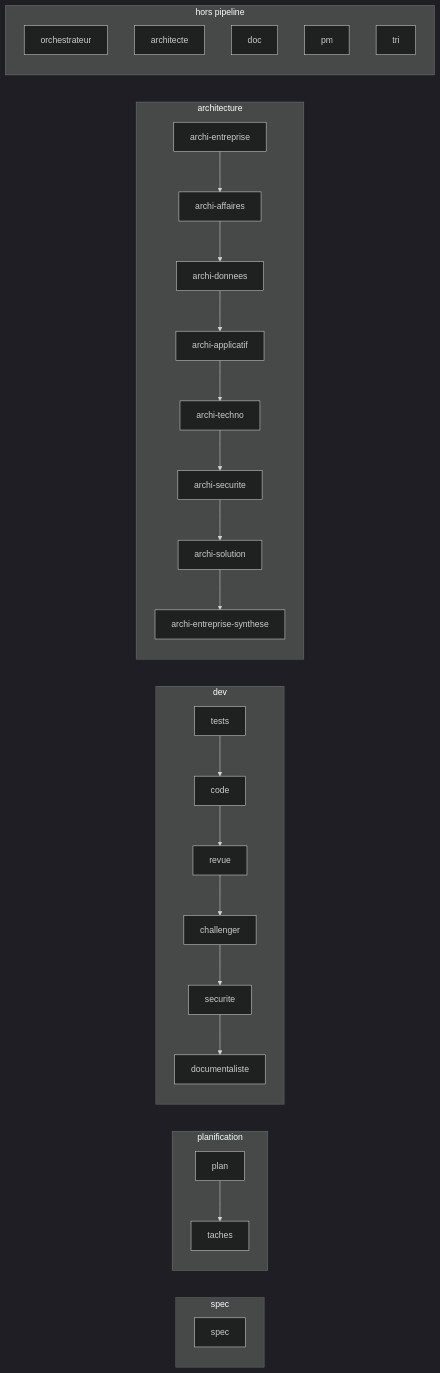
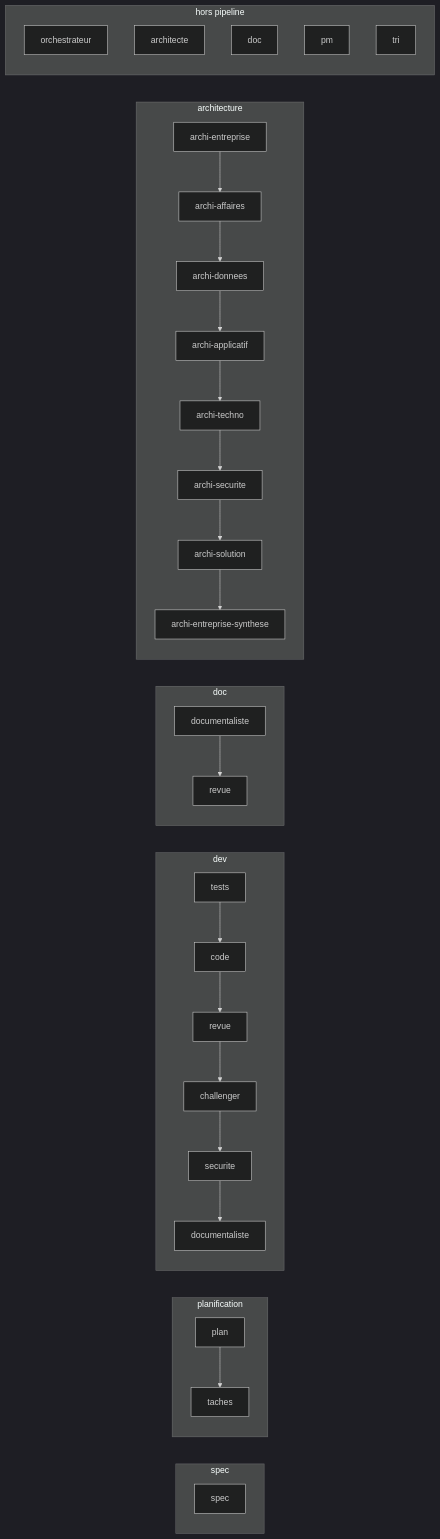
Before and after one commit to nicolaslallier/AI: the diagram in README.md, drawn with Mermaid (dark theme). The commit also changed other lines of this file and 26 other files, not shown here.

````diff
--- a/README.md
+++ b/README.md
@@ -43,48 +43,53 @@
 ```mermaid
 flowchart LR
   subgraph g0["spec"]
     g0_spec["spec"]
   end
   subgraph g1["planification"]
     g1_plan["plan"]
     g1_taches["taches"]
     g1_plan --> g1_taches
   end
   subgraph g2["dev"]
     g2_tests["tests"]
     g2_code["code"]
     g2_revue["revue"]
     g2_challenger["challenger"]
     g2_securite["securite"]
     g2_documentaliste["documentaliste"]
     g2_tests --> g2_code
     g2_code --> g2_revue
     g2_revue --> g2_challenger
     g2_challenger --> g2_securite
     g2_securite --> g2_documentaliste
   end
-  subgraph g3["architecture"]
-    g3_archi_entreprise["archi-entreprise"]
-    g3_archi_affaires["archi-affaires"]
-    g3_archi_donnees["archi-donnees"]
-    g3_archi_applicatif["archi-applicatif"]
-    g3_archi_techno["archi-techno"]
-    g3_archi_securite["archi-securite"]
-    g3_archi_solution["archi-solution"]
-    g3_archi_entreprise_synthese["archi-entreprise-synthese"]
-    g3_archi_entreprise --> g3_archi_affaires
-    g3_archi_affaires --> g3_archi_donnees
-    g3_archi_donnees --> g3_archi_applicatif
-    g3_archi_applicatif --> g3_archi_techno
-    g3_archi_techno --> g3_archi_securite
-    g3_archi_securite --> g3_archi_solution
-    g3_archi_solution --> g3_archi_entreprise_synthese
+  subgraph g3["doc"]
+    g3_documentaliste["documentaliste"]
+    g3_revue["revue"]
+    g3_documentaliste --> g3_revue
   end
-  subgraph g4["hors pipeline"]
-    g4_orchestrateur["orchestrateur"]
-    g4_architecte["architecte"]
-    g4_doc["doc"]
-    g4_pm["pm"]
-    g4_tri["tri"]
+  subgraph g4["architecture"]
+    g4_archi_entreprise["archi-entreprise"]
+    g4_archi_affaires["archi-affaires"]
+    g4_archi_donnees["archi-donnees"]
+    g4_archi_applicatif["archi-applicatif"]
+    g4_archi_techno["archi-techno"]
+    g4_archi_securite["archi-securite"]
+    g4_archi_solution["archi-solution"]
+    g4_archi_entreprise_synthese["archi-entreprise-synthese"]
+    g4_archi_entreprise --> g4_archi_affaires
+    g4_archi_affaires --> g4_archi_donnees
+    g4_archi_donnees --> g4_archi_applicatif
+    g4_archi_applicatif --> g4_archi_techno
+    g4_archi_techno --> g4_archi_securite
+    g4_archi_securite --> g4_archi_solution
+    g4_archi_solution --> g4_archi_entreprise_synthese
+  end
+  subgraph g5["hors pipeline"]
+    g5_orchestrateur["orchestrateur"]
+    g5_architecte["architecte"]
+    g5_doc["doc"]
+    g5_pm["pm"]
+    g5_tri["tri"]
   end
 ```
````
